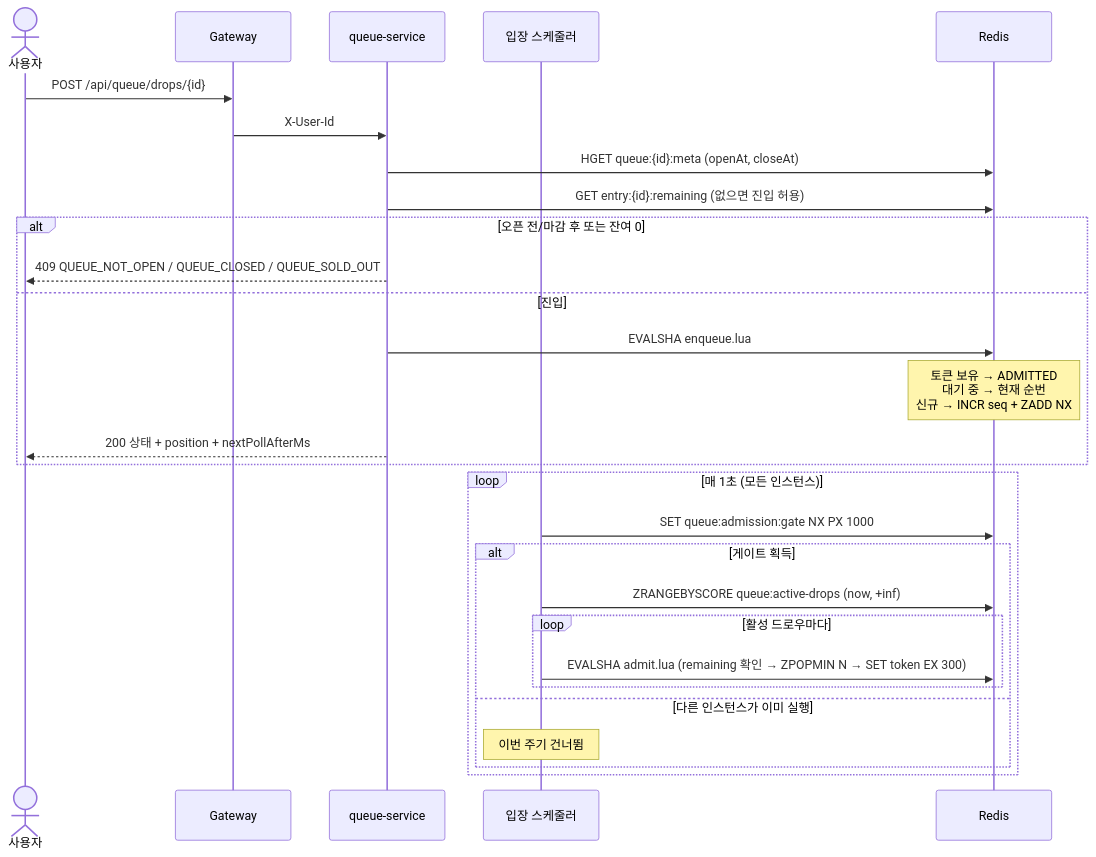
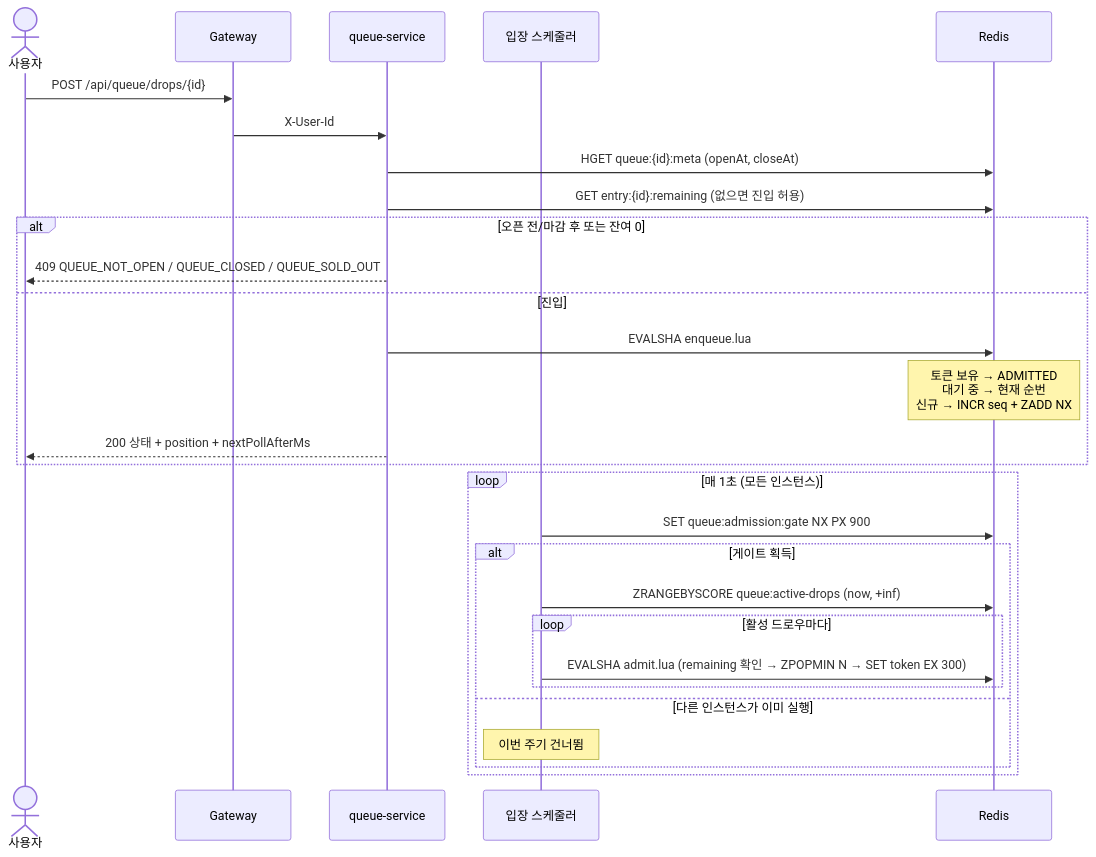
Before and after one commit to dd-jiny/queue-drop: the second of 2 diagrams in docs/design/05-features/queue-enter.md, drawn with Mermaid. The commit also changed other lines of this file and 16 other files, not shown here.

````diff
--- a/docs/design/05-features/queue-enter.md
+++ b/docs/design/05-features/queue-enter.md
@@ -94,32 +97,32 @@
 ```mermaid
 sequenceDiagram
     actor U as 사용자
     participant GW as Gateway
     participant QS as queue-service
     participant SCH as 입장 스케줄러
     participant R as Redis
 
     U->>GW: POST /api/queue/drops/{id}
     GW->>QS: X-User-Id
     QS->>R: HGET queue:{id}:meta (openAt, closeAt)
     QS->>R: GET entry:{id}:remaining (없으면 진입 허용)
     alt 오픈 전/마감 후 또는 잔여 0
         QS-->>U: 409 QUEUE_NOT_OPEN / QUEUE_CLOSED / QUEUE_SOLD_OUT
     else 진입
         QS->>R: EVALSHA enqueue.lua
         Note over R: 토큰 보유 → ADMITTED<br/>대기 중 → 현재 순번<br/>신규 → INCR seq + ZADD NX
         QS-->>U: 200 상태 + position + nextPollAfterMs
     end
 
     loop 매 1초 (모든 인스턴스)
-        SCH->>R: SET queue:admission:gate NX PX 1000
+        SCH->>R: SET queue:admission:gate NX PX 900
         alt 게이트 획득
             SCH->>R: ZRANGEBYSCORE queue:active-drops (now, +inf)
             loop 활성 드로우마다
                 SCH->>R: EVALSHA admit.lua (remaining 확인 → ZPOPMIN N → SET token EX 300)
             end
         else 다른 인스턴스가 이미 실행
             Note over SCH: 이번 주기 건너뜀
         end
     end
 ```
````
